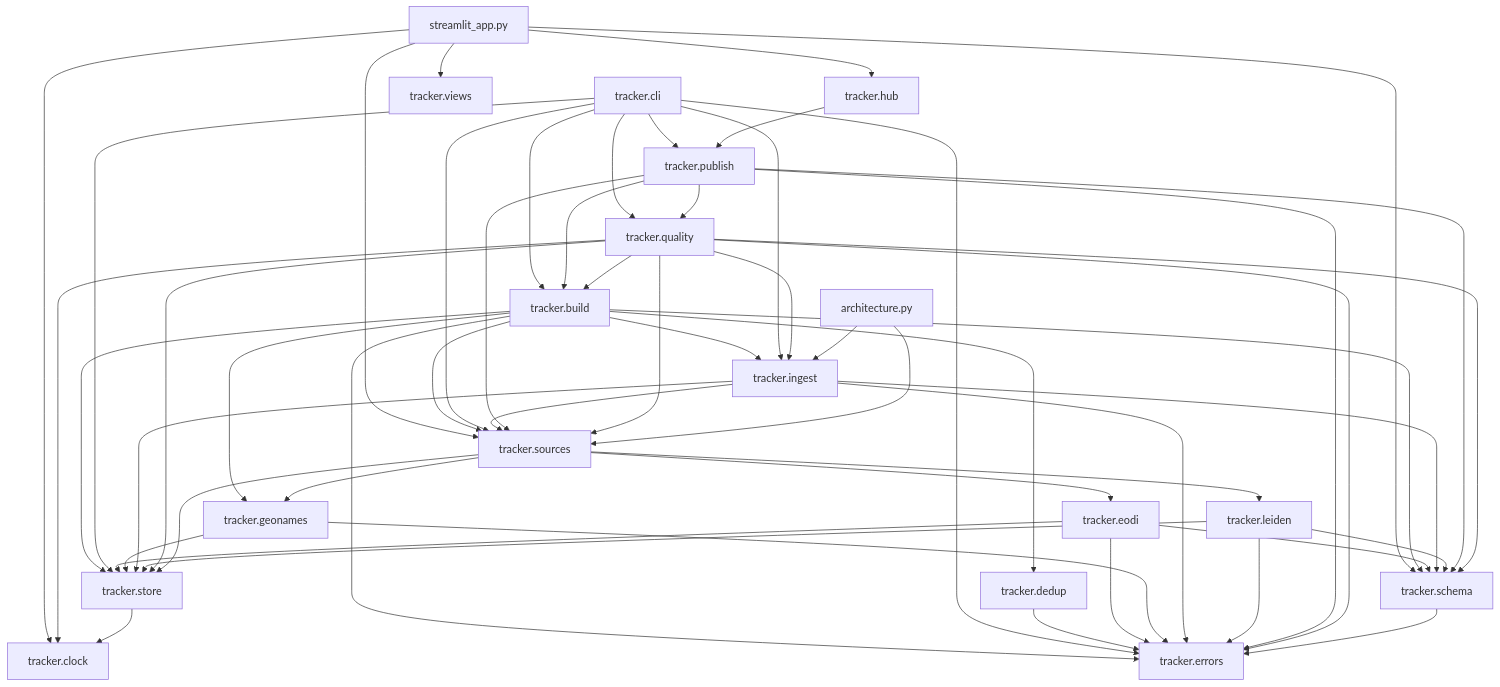
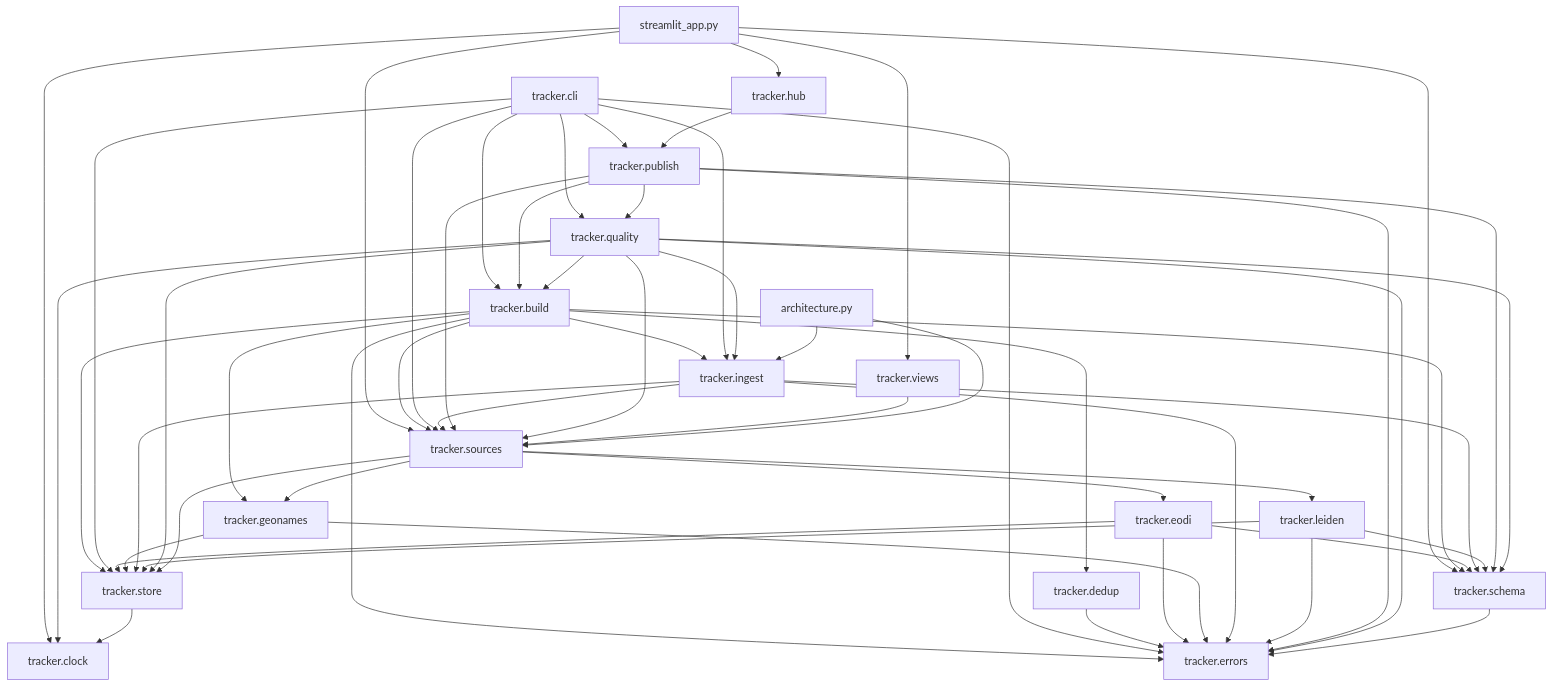
The third of 3 diagrams in docs/architecture.md (tryph0n/hybrid-tracker), drawn with Mermaid before and after one commit. The commit also changed 4 other files, not shown here.

````diff
--- a/docs/architecture.md
+++ b/docs/architecture.md
@@ -151,74 +151,75 @@
 ```mermaid
 flowchart TB
   module_streamlit_app_py["streamlit_app.py"]
   module_tracker_build["tracker.build"]
   module_tracker_cli["tracker.cli"]
   module_tracker_clock["tracker.clock"]
   module_tracker_dedup["tracker.dedup"]
   module_tracker_eodi["tracker.eodi"]
   module_tracker_errors["tracker.errors"]
   module_tracker_geonames["tracker.geonames"]
   module_tracker_hub["tracker.hub"]
   module_tracker_ingest["tracker.ingest"]
   module_tracker_leiden["tracker.leiden"]
   module_tracker_publish["tracker.publish"]
   module_tracker_quality["tracker.quality"]
   module_tracker_schema["tracker.schema"]
   module_tracker_sources["tracker.sources"]
   module_tracker_store["tracker.store"]
   module_tracker_views["tracker.views"]
   module_architecture_py["architecture.py"]
   module_streamlit_app_py --> module_tracker_clock
   module_streamlit_app_py --> module_tracker_hub
   module_streamlit_app_py --> module_tracker_schema
   module_streamlit_app_py --> module_tracker_sources
   module_streamlit_app_py --> module_tracker_views
   module_tracker_build --> module_tracker_dedup
   module_tracker_build --> module_tracker_errors
   module_tracker_build --> module_tracker_geonames
   module_tracker_build --> module_tracker_ingest
   module_tracker_build --> module_tracker_schema
   module_tracker_build --> module_tracker_sources
   module_tracker_build --> module_tracker_store
   module_tracker_cli --> module_tracker_build
   module_tracker_cli --> module_tracker_errors
   module_tracker_cli --> module_tracker_ingest
   module_tracker_cli --> module_tracker_publish
   module_tracker_cli --> module_tracker_quality
   module_tracker_cli --> module_tracker_sources
   module_tracker_cli --> module_tracker_store
   module_tracker_dedup --> module_tracker_errors
   module_tracker_eodi --> module_tracker_errors
   module_tracker_eodi --> module_tracker_schema
   module_tracker_eodi --> module_tracker_store
   module_tracker_geonames --> module_tracker_errors
   module_tracker_geonames --> module_tracker_store
   module_tracker_hub --> module_tracker_publish
   module_tracker_ingest --> module_tracker_errors
   module_tracker_ingest --> module_tracker_schema
   module_tracker_ingest --> module_tracker_sources
   module_tracker_ingest --> module_tracker_store
   module_tracker_leiden --> module_tracker_errors
   module_tracker_leiden --> module_tracker_schema
   module_tracker_leiden --> module_tracker_store
   module_tracker_publish --> module_tracker_build
   module_tracker_publish --> module_tracker_errors
   module_tracker_publish --> module_tracker_quality
   module_tracker_publish --> module_tracker_schema
   module_tracker_publish --> module_tracker_sources
   module_tracker_quality --> module_tracker_build
   module_tracker_quality --> module_tracker_clock
   module_tracker_quality --> module_tracker_errors
   module_tracker_quality --> module_tracker_ingest
   module_tracker_quality --> module_tracker_schema
   module_tracker_quality --> module_tracker_sources
   module_tracker_quality --> module_tracker_store
   module_tracker_schema --> module_tracker_errors
   module_tracker_sources --> module_tracker_eodi
   module_tracker_sources --> module_tracker_geonames
   module_tracker_sources --> module_tracker_leiden
   module_tracker_sources --> module_tracker_store
   module_tracker_store --> module_tracker_clock
+  module_tracker_views --> module_tracker_sources
   module_architecture_py --> module_tracker_ingest
   module_architecture_py --> module_tracker_sources
 ```
````
